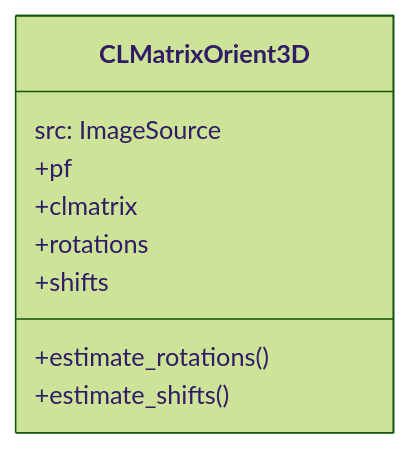
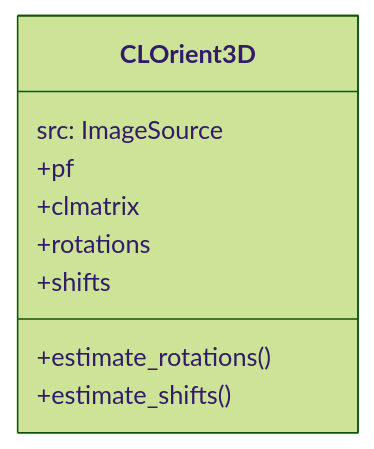
One commit to ComputationalCryoEM/ASPIRE-Python changed the second of 3 diagrams in docs/source/orientation_estimation.rst. Above: the diagram before and after it, drawn with Mermaid (forest theme). The commit also changed other lines of this file and 3 other files, not shown here.

```diff
--- a/docs/source/orientation_estimation.rst
+++ b/docs/source/orientation_estimation.rst
@@ -110,12 +110,12 @@
 .. mermaid::
 
    classDiagram
-       class CLMatrixOrient3D{
+       class CLOrient3D{
            src: ImageSource
 	   +estimate_rotations()
 	   +estimate_shifts()
 	   +pf
 	   +clmatrix
 	   +rotations
 	   +shifts
        }
```
